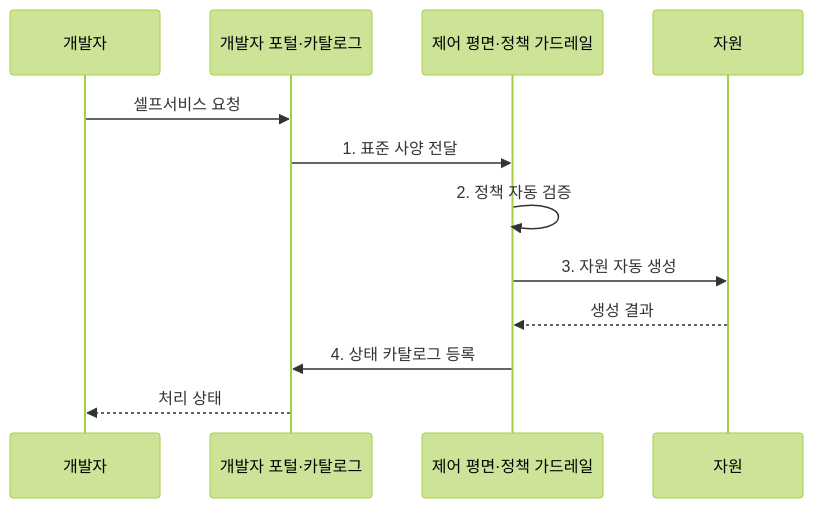
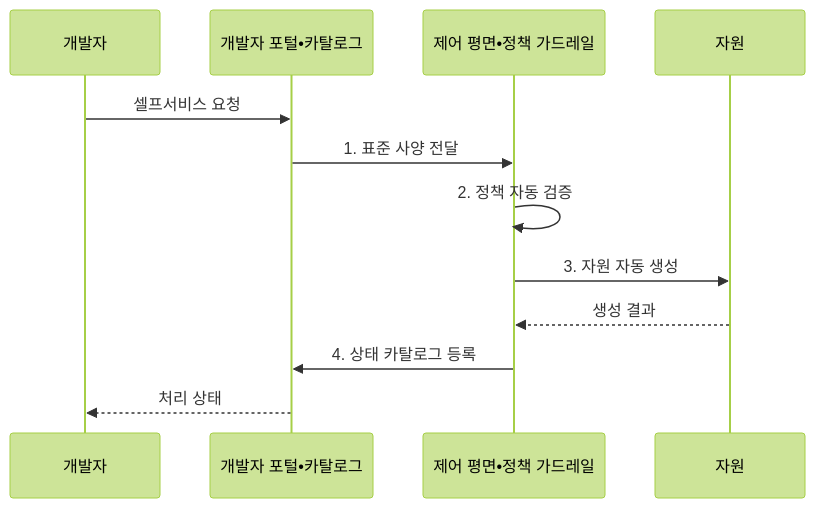
One commit to agnusdei1207/knowledge-base changed the second of 2 diagrams in src/content/docs/notes/03-software/216_platform_engineering_self_service.md. Above: the diagram before and after it, drawn with Mermaid (forest theme). The commit also changed other lines of this file and 953 other files, not shown here.

````diff
--- a/src/content/docs/notes/03-software/216_platform_engineering_self_service.md
+++ b/src/content/docs/notes/03-software/216_platform_engineering_self_service.md
@@ -107,15 +107,15 @@
 ```mermaid
 sequenceDiagram
     participant 개발자
-    participant P as 개발자 포털·카탈로그
-    participant C as 제어 평면·정책 가드레일
+    participant P as 개발자 포털•카탈로그
+    participant C as 제어 평면•정책 가드레일
     participant 자원
     개발자->>P: 셀프서비스 요청
     P->>C: 1. 표준 사양 전달
     C->>C: 2. 정책 자동 검증
     C->>자원: 3. 자원 자동 생성
     자원-->>C: 생성 결과
     C->>P: 4. 상태 카탈로그 등록
     P-->>개발자: 처리 상태
 
 ```
````
